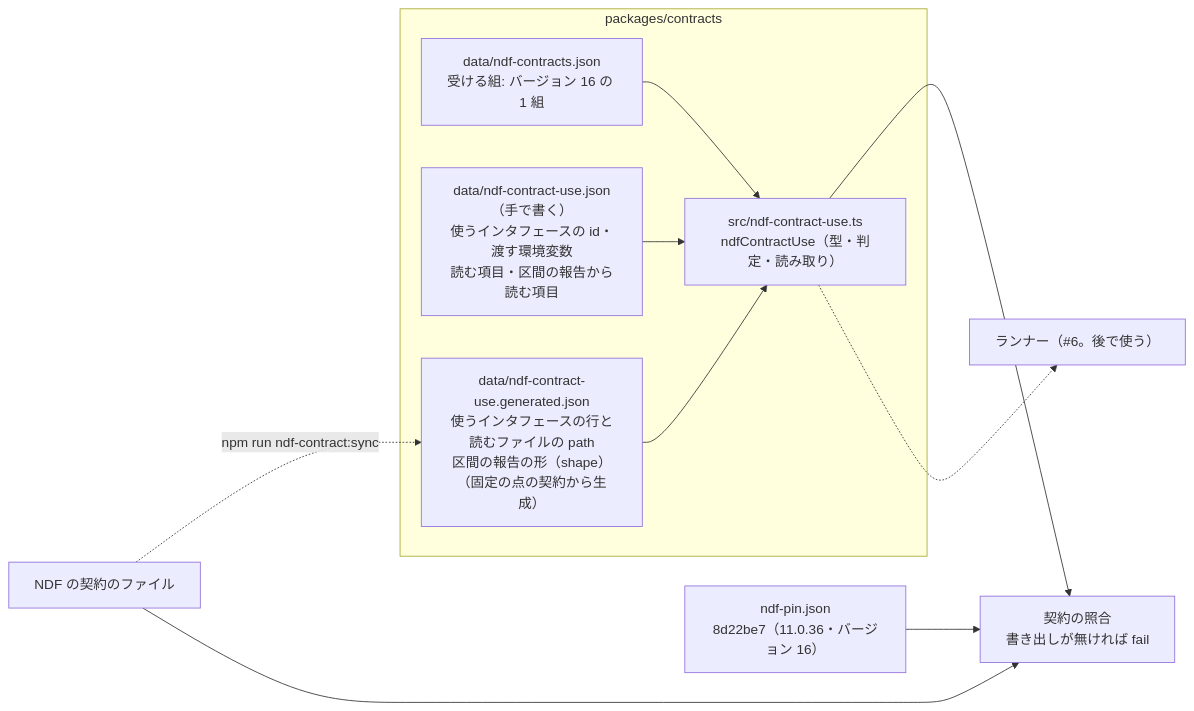
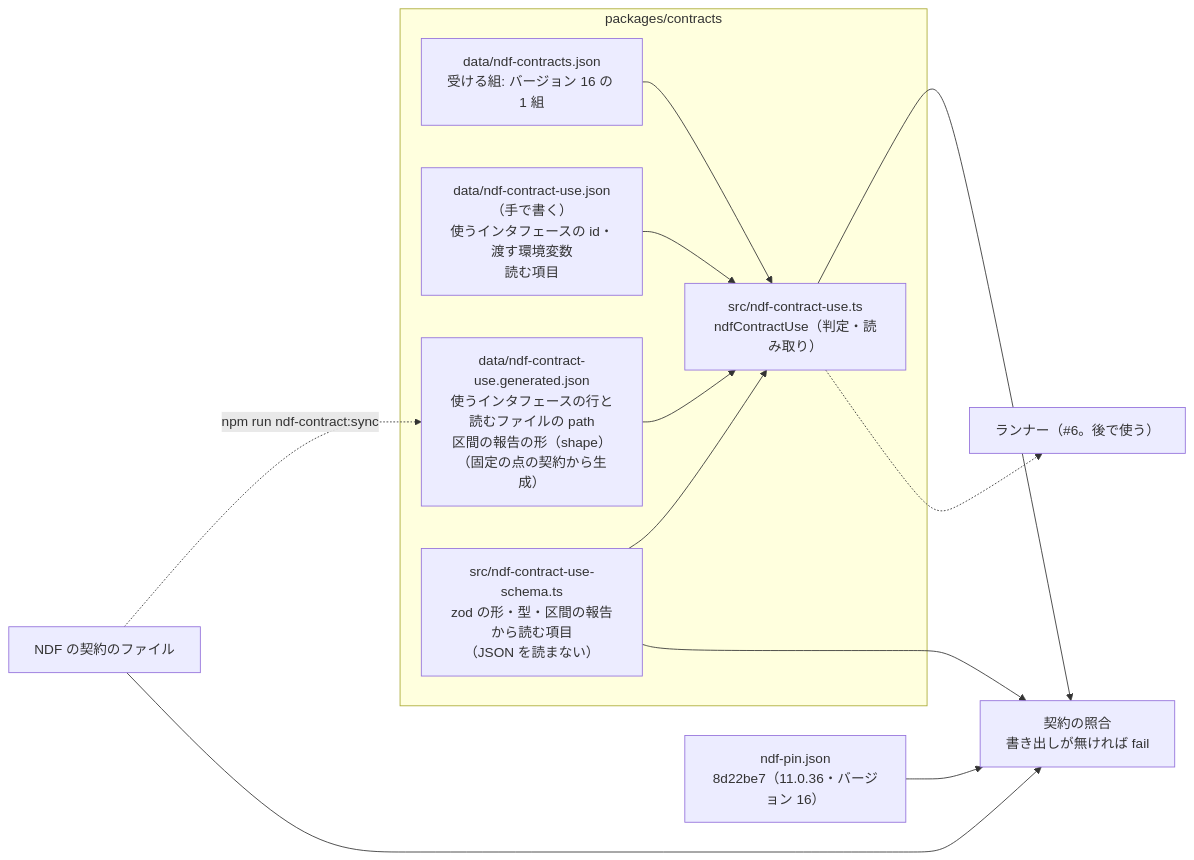
One commit to devbasex/nd-factory changed the second of 2 diagrams in issues/issue-136-design.md. Above: the diagram before and after it, drawn with Mermaid. The commit also changed other lines of this file and 2 other files, not shown here.

````diff
--- a/issues/issue-136-design.md
+++ b/issues/issue-136-design.md
@@ -83,21 +83,24 @@
 ```mermaid
 graph LR
   PIN["ndf-pin.json<br/>8d22be7（11.0.36・バージョン 16）"]
   subgraph contracts["packages/contracts"]
     ACC["data/ndf-contracts.json<br/>受ける組: バージョン 16 の 1 組"]
-    UD["data/ndf-contract-use.json（手で書く）<br/>使うインタフェースの id・渡す環境変数<br/>読む項目・区間の報告から読む項目"]
+    UD["data/ndf-contract-use.json（手で書く）<br/>使うインタフェースの id・渡す環境変数<br/>読む項目"]
     UG["data/ndf-contract-use.generated.json<br/>使うインタフェースの行と読むファイルの path<br/>区間の報告の形（shape）<br/>（固定の点の契約から生成）"]
-    UM["src/ndf-contract-use.ts<br/>ndfContractUse（型・判定・読み取り）"]
+    US["src/ndf-contract-use-schema.ts<br/>zod の形・型・区間の報告から読む項目<br/>（JSON を読まない）"]
+    UM["src/ndf-contract-use.ts<br/>ndfContractUse（判定・読み取り）"]
   end
   CHK["契約の照合<br/>書き出しが無ければ fail"]
   NDF["NDF の契約のファイル"]
   RUN["ランナー（#6。後で使う）"]
   ACC --> UM
   UD --> UM
   UG --> UM
+  US --> UM
   NDF -. npm run ndf-contract:sync .-> UG
+  US --> CHK
   UM --> CHK
   PIN --> CHK
   NDF --> CHK
   UM -.-> RUN
 ```
````
